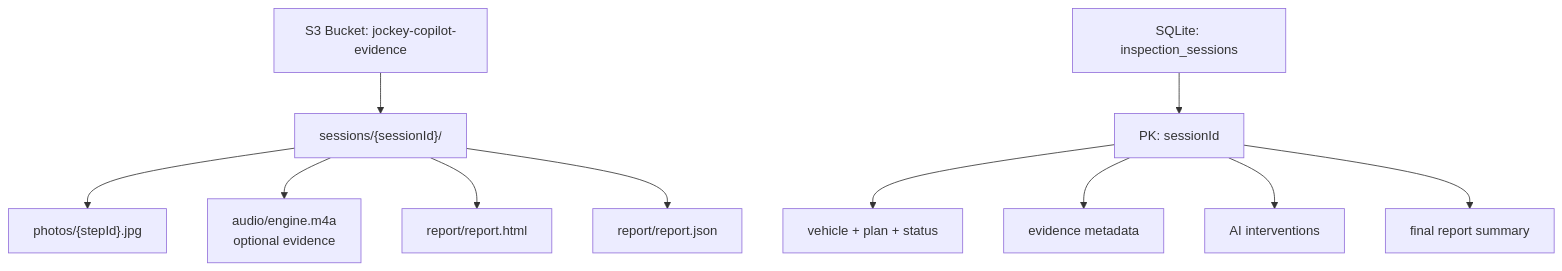
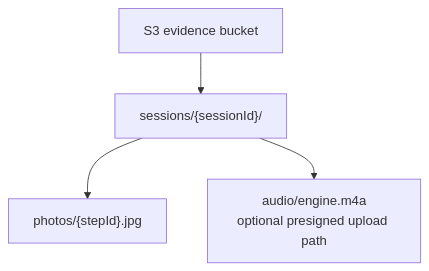
Before and after one commit to adityabhattad2021/Inspection-Copilot: the tenth of 11 diagrams in ARCHITECTURE.md, drawn with Mermaid. The commit also changed other lines of this file, not shown here.

Commit message:
docs: update architecture md

````diff
--- a/ARCHITECTURE.md
+++ b/ARCHITECTURE.md
@@ -586,14 +526,6 @@
 ```mermaid
 flowchart TD
-  Bucket["S3 Bucket: jockey-copilot-evidence"] --> Session["sessions/{sessionId}/"]
-  Session --> Photos["photos/{stepId}.jpg"]
-  Session --> Audio["audio/engine.m4a<br/>optional evidence"]
-  Session --> ReportHTML["report/report.html"]
-  Session --> ReportJSON["report/report.json"]
-
-  Table["SQLite: inspection_sessions"] --> PK["PK: sessionId"]
-  PK --> Meta["vehicle + plan + status"]
-  PK --> Evidence["evidence metadata"]
-  PK --> Interventions["AI interventions"]
-  PK --> FinalReport["final report summary"]
+  Bucket["S3 evidence bucket"] --> Sessions["sessions/{sessionId}/"]
+  Sessions --> Photos["photos/{stepId}.jpg"]
+  Sessions --> Audio["audio/engine.m4a<br/>optional presigned upload path"]
 ```
````
